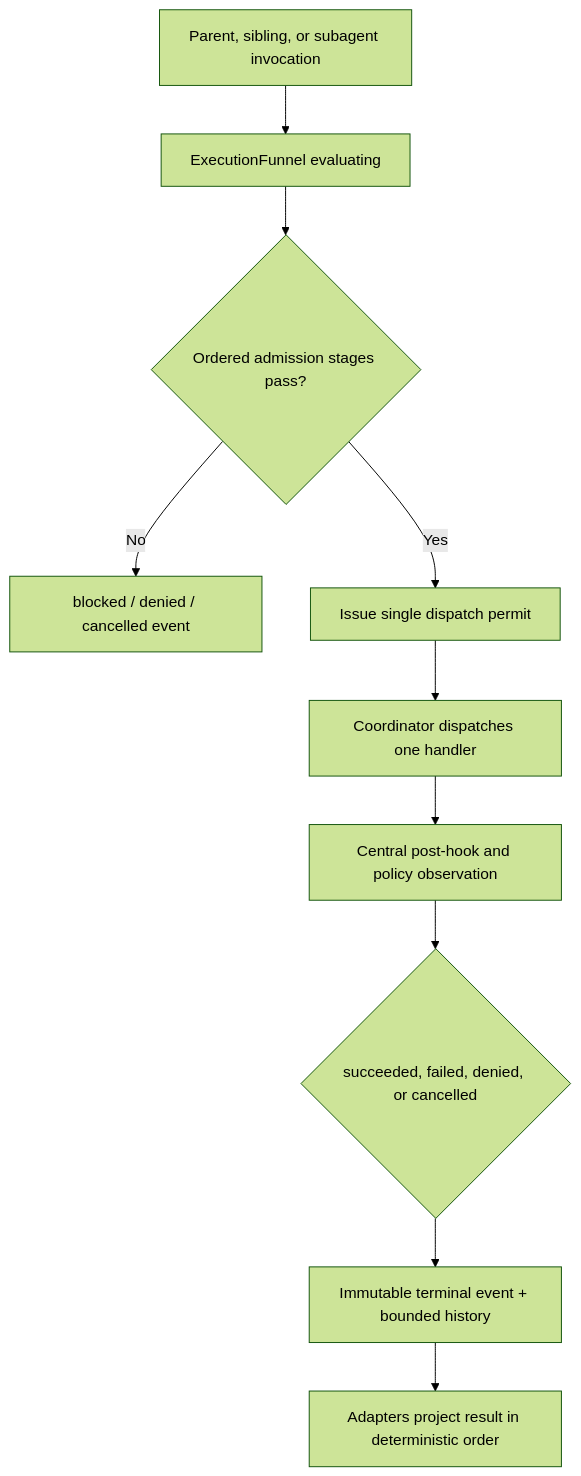
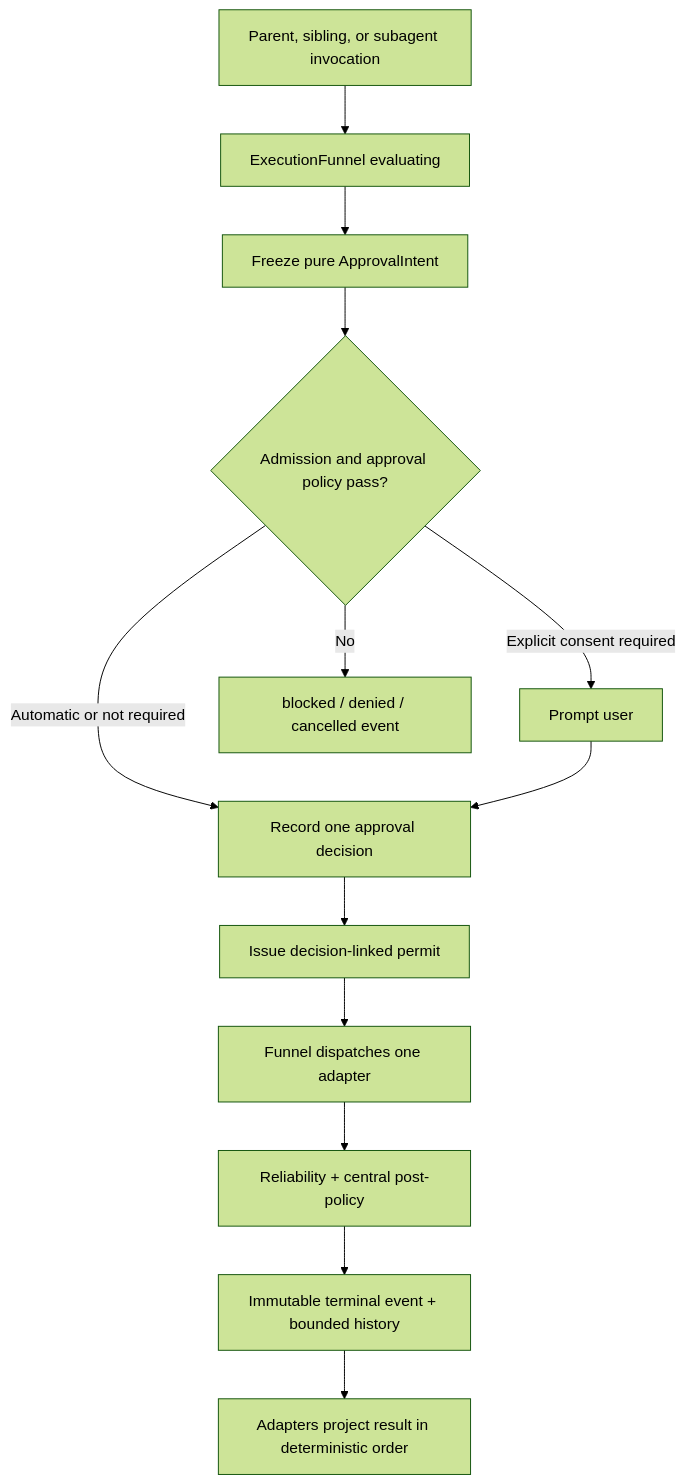
The diagram in docs/parent-thread-execution-authority.md (CardSorting/LUMI), drawn with Mermaid (forest theme) before and after one commit. The commit also changed other lines of this file and 104 other files, not shown here.

````diff
--- a/docs/parent-thread-execution-authority.md
+++ b/docs/parent-thread-execution-authority.md
@@ -59,12 +51,15 @@
 ```mermaid
 flowchart TD
   A[Parent, sibling, or subagent invocation] --> B[ExecutionFunnel evaluating]
-  B --> C{Ordered admission stages pass?}
-  C -->|No| D[blocked / denied / cancelled event]
-  C -->|Yes| E[Issue single dispatch permit]
-  E --> F[Coordinator dispatches one handler]
-  F --> G[Central post-hook and policy observation]
-  G --> H{succeeded, failed, denied, or cancelled}
-  H --> I[Immutable terminal event + bounded history]
-  I --> J[Adapters project result in deterministic order]
+  B --> C[Freeze pure ApprovalIntent]
+  C --> D{Admission and approval policy pass?}
+  D -->|Explicit consent required| E[Prompt user]
+  D -->|Automatic or not required| F[Record one approval decision]
+  E --> F
+  D -->|No| G[blocked / denied / cancelled event]
+  F --> H[Issue decision-linked permit]
+  H --> I[Funnel dispatches one adapter]
+  I --> J[Reliability + central post-policy]
+  J --> K[Immutable terminal event + bounded history]
+  K --> L[Adapters project result in deterministic order]
 ```
````
